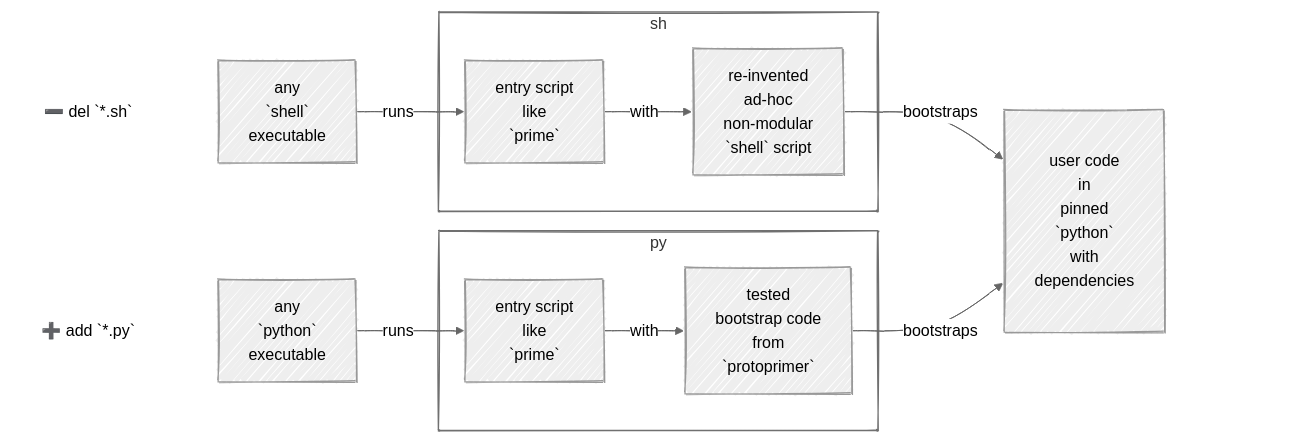
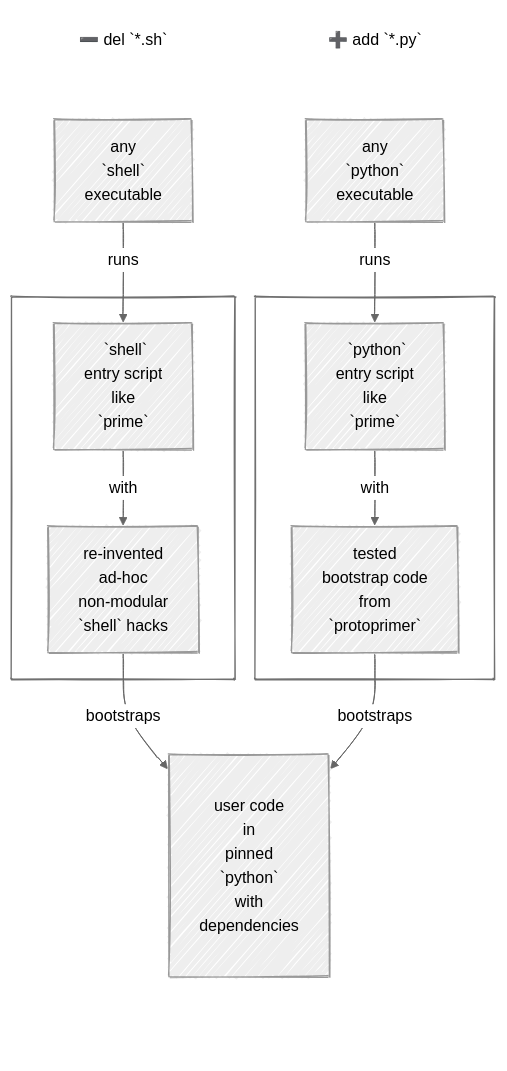
One commit to uvsmtid/protoprimer changed the first of 2 diagrams in readme.md. Above: the diagram before and after it, drawn with Mermaid. The commit also changed other lines of this file and 13 other files, not shown here.

Commit message:
Update docs: add diagrams and force light theme, update Intro and readme, add Dictionary (#177)

````diff
--- a/readme.md
+++ b/readme.md
@@ -40,42 +40,42 @@
 ```mermaid
 %%{init: {"look": "handDrawn", "theme": "neutral"}}%%
-flowchart LR;
+flowchart TD;
     heavy_minus["➖ del `*.sh`"];
     shell_exec["any<br>`shell`<br>executable"];
-    subgraph "sh"
-        sh_entry_script["entry script<br>like<br>`prime`"];
-        embedded_code["re-invented<br>ad-hoc<br>non-modular<br>`shell` script"];
+    subgraph sh[" "]
+        sh_entry_script["&nbsp;`shell`<br>entry script<br>like<br>`prime`"];
+        embedded_code["re-invented<br>ad-hoc<br>non-modular<br>`shell` hacks"];
     end
 
     heavy_plus["➕ add `*.py`"];
     python_exec["any<br>`python`<br>executable"];
-    subgraph "py"
-        py_entry_script["entry script<br>like<br>`prime`"];
+    subgraph py[" "]
+        py_entry_script["&nbsp;`python`<br>entry script<br>like<br>`prime`"];
         py_bootstrap_code["tested<br>bootstrap code<br>from<br>`protoprimer`"];
     end
 
     pinned_python["<br>user code<br>in<br>pinned<br>`python`<br>with<br>dependencies<br>&nbsp;"];
 
     invis_block[ ];
 
     heavy_minus ~~~ shell_exec;
     shell_exec --runs--> sh_entry_script;
     sh_entry_script --with--> embedded_code;
 
     heavy_plus ~~~ python_exec;
     python_exec --runs--> py_entry_script;
     py_entry_script --with--> py_bootstrap_code;
 
     embedded_code --bootstraps--> pinned_python;
     py_bootstrap_code --bootstraps--> pinned_python;
 
     pinned_python ~~~ invis_block;
 
     style heavy_minus fill:none,stroke:none;
     style heavy_plus fill:none,stroke:none;
 
     style sh fill:none;
     style py fill:none;
 
     style invis_block fill:none,stroke:none;
 ```
````
